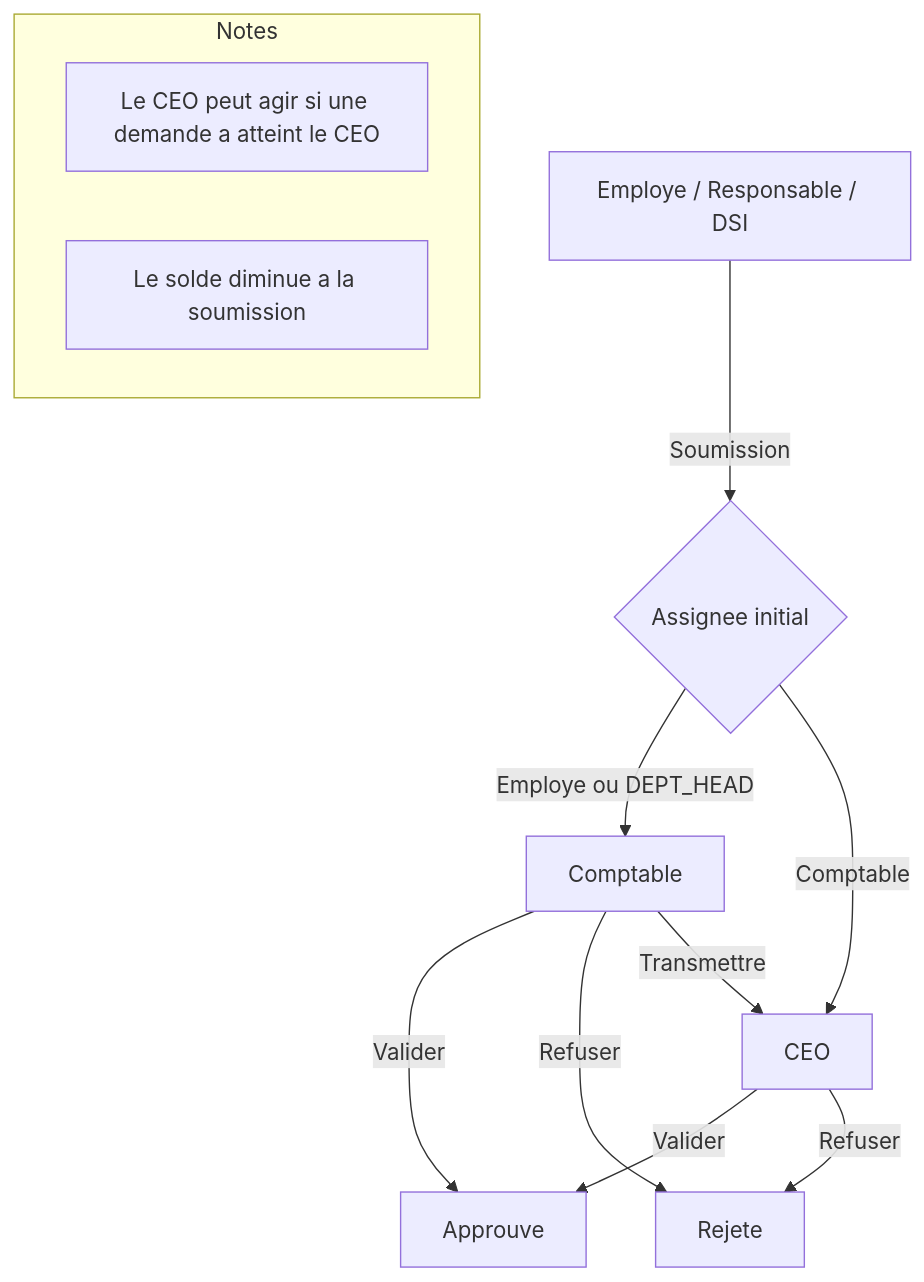
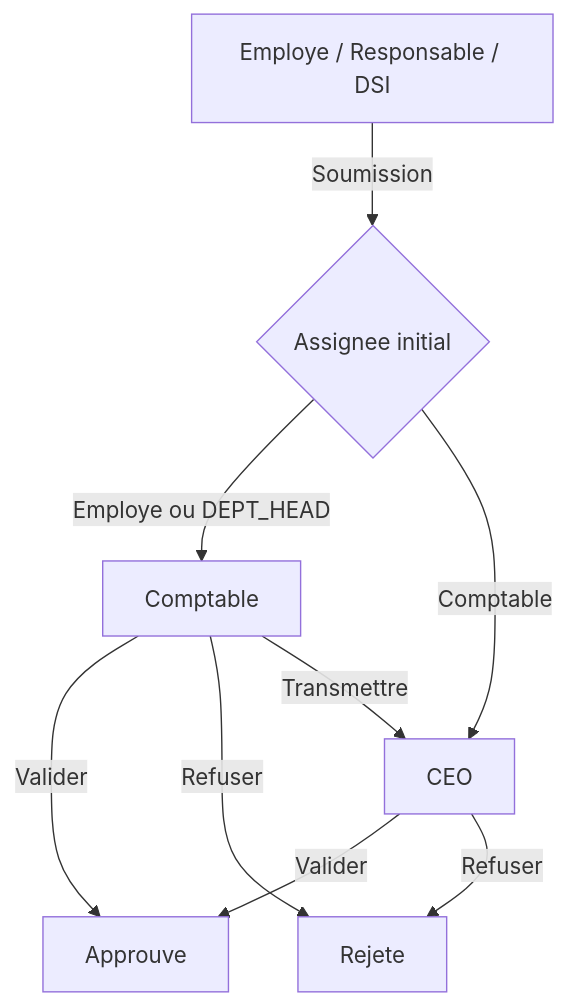
The diagram in README.md (DSI-VEDEM/CONGE), drawn with Mermaid before and after one commit. The commit also changed other lines of this file and 39 other files, not shown here.

````diff
--- a/README.md
+++ b/README.md
@@ -94,18 +134,11 @@
 ```mermaid
 flowchart TD
   A[Employe / Responsable / DSI] -->|Soumission| B{Assignee initial}
   B -->|Employe ou DEPT_HEAD| C[Comptable]
   B -->|Comptable| D[CEO]
-
   C -->|Valider| E[Approuve]
   C -->|Refuser| F[Rejete]
   C -->|Transmettre| D
-
   D -->|Valider| E
   D -->|Refuser| F
-
-  subgraph Notes
-    N1[Le CEO peut agir si une demande a atteint le CEO]
-    N2[Le solde diminue a la soumission]
-  end
 ```
````
